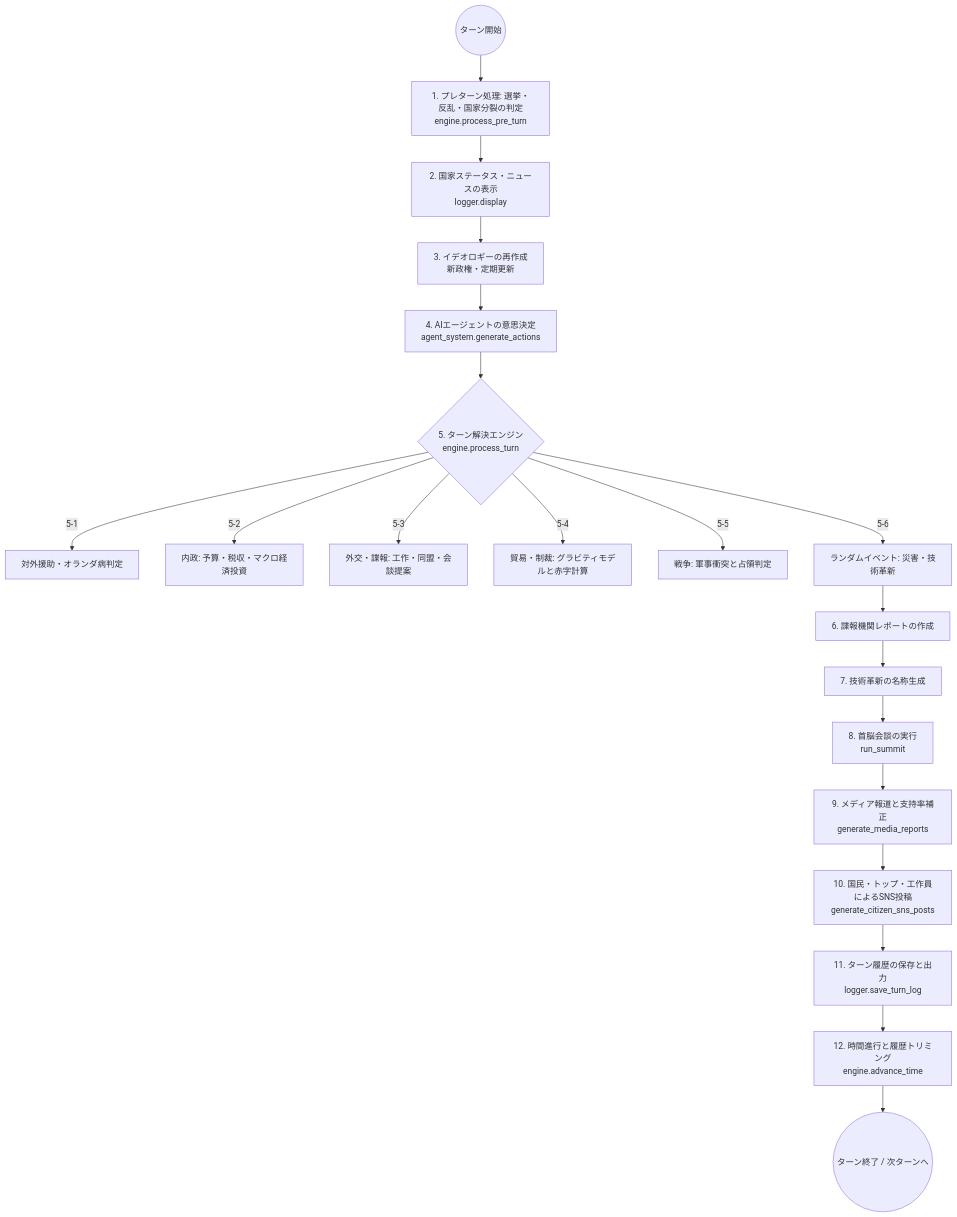
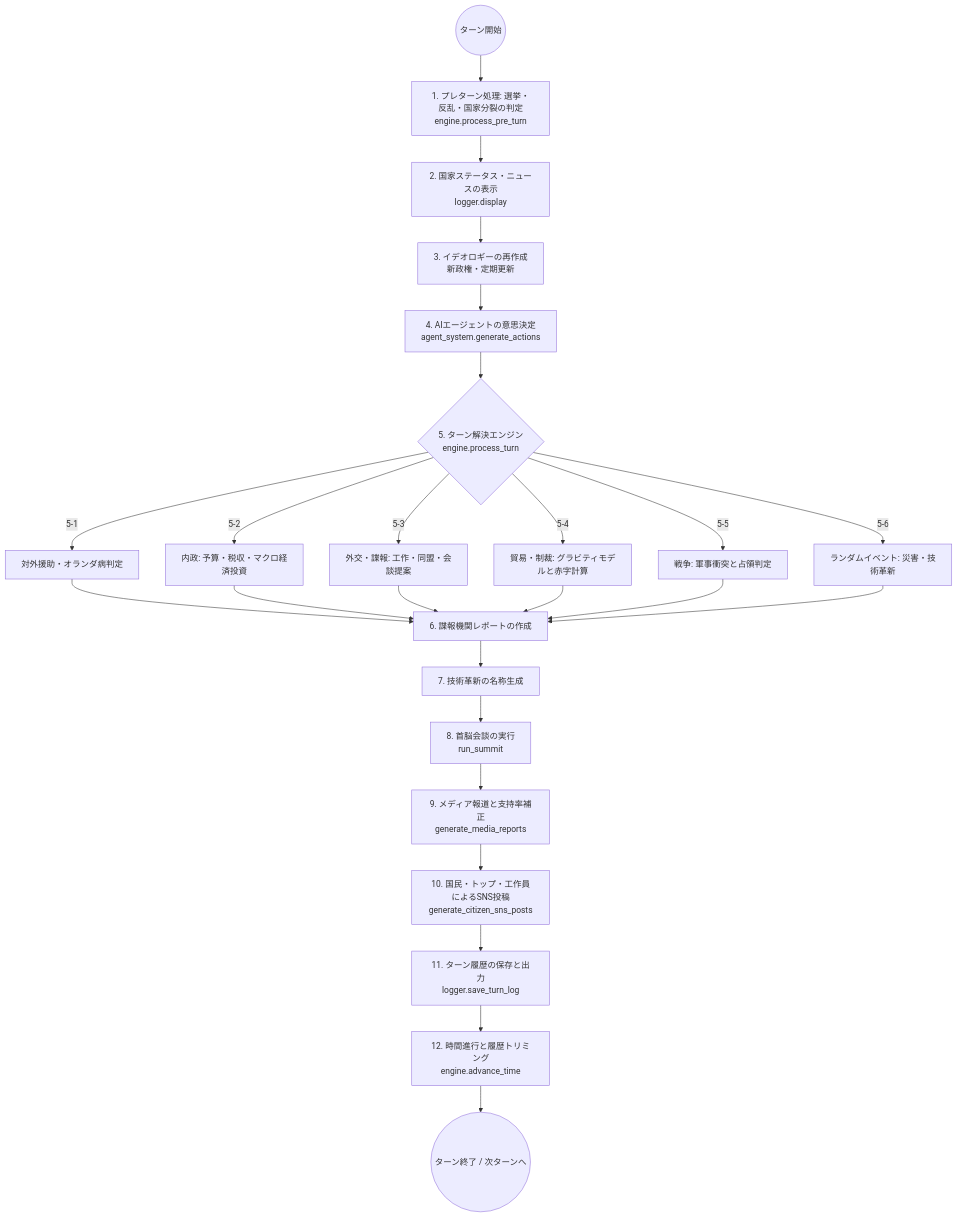
Before and after one commit to NanashinoPro/AI-Diplomacy-Simulation: the diagram in ARCHITECTURE.md, drawn with Mermaid. The commit also changed other lines of this file and 3 other files, not shown here.

````diff
--- a/ARCHITECTURE.md
+++ b/ARCHITECTURE.md
@@ -39,25 +39,30 @@
 ```mermaid
 flowchart TD
     Start((ターン開始)) --> PreTurn[1. プレターン処理: 選挙・反乱・国家分裂の判定<br/>engine.process_pre_turn]
     PreTurn --> DisplayStatus[2. 国家ステータス・ニュースの表示<br/>logger.display]
     DisplayStatus --> Ideology[3. イデオロギーの再作成<br/>新政権・定期更新]
     Ideology --> Decision[4. AIエージェントの意思決定<br/>agent_system.generate_actions]
     
     Decision --> ProcessTurn{5. ターン解決エンジン<br/>engine.process_turn}
     ProcessTurn --> |5-1| FAid[対外援助・オランダ病判定]
     ProcessTurn --> |5-2| Domestic[内政: 予算・税収・マクロ経済投資]
     ProcessTurn --> |5-3| Diplomacy[外交・諜報: 工作・同盟・会談提案]
     ProcessTurn --> |5-4| Trade[貿易・制裁: グラビティモデルと赤字計算]
     ProcessTurn --> |5-5| War[戦争: 軍事衝突と占領判定]
     ProcessTurn --> |5-6| RandomEvent[ランダムイベント: 災害・技術革新]
     
+    FAid --> IntelReport[6. 諜報機関レポートの作成]
+    Domestic --> IntelReport[6. 諜報機関レポートの作成]
+    Diplomacy --> IntelReport[6. 諜報機関レポートの作成]
+    Trade --> IntelReport[6. 諜報機関レポートの作成]
+    War --> IntelReport[6. 諜報機関レポートの作成]
     RandomEvent --> IntelReport[6. 諜報機関レポートの作成]
     IntelReport --> TechName[7. 技術革新の名称生成]
     TechName --> Summit[8. 首脳会談の実行<br/>run_summit]
     Summit --> Media[9. メディア報道と支持率補正<br/>generate_media_reports]
     Media --> SNS[10. 国民・トップ・工作員によるSNS投稿<br/>generate_citizen_sns_posts]
     
     SNS --> SaveLog[11. ターン履歴の保存と出力<br/>logger.save_turn_log]
     SaveLog --> TimeAdvance[12. 時間進行と履歴トリミング<br/>engine.advance_time]
     TimeAdvance --> End((ターン終了 / 次ターンへ))
 ```
````
